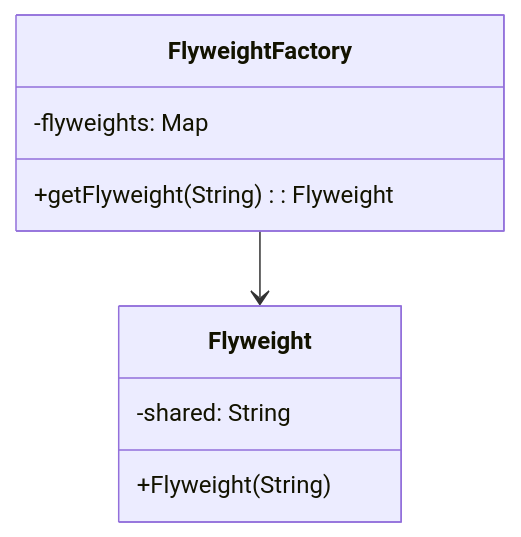
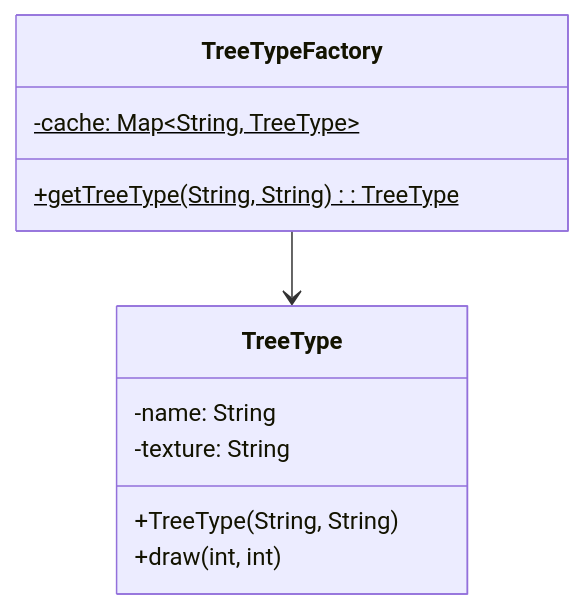
One commit to welldesignedsystem/welldesignedsystem.github.io changed diagram 11 of 23 in content/english/blog/system_design/core_design_patterns.md. Above: the diagram before and after it, drawn with Mermaid. The commit also changed other lines of this file and 1 other file, not shown here.

````diff
--- a/content/english/blog/system_design/core_design_patterns.md
+++ b/content/english/blog/system_design/core_design_patterns.md
@@ -599,12 +843,14 @@
 ```mermaid
 classDiagram
-    class Flyweight {
-        -shared: String
-        +Flyweight(String)
+    class TreeType {
+        -name: String
+        -texture: String
+        +TreeType(String, String)
+        +draw(int, int)
     }
-    class FlyweightFactory {
-        -flyweights: Map<String, Flyweight>
-        +getFlyweight(String): Flyweight
+    class TreeTypeFactory {
+        -cache: Map~String, TreeType~$
+        +getTreeType(String, String): TreeType$
     }
-    FlyweightFactory --> Flyweight
+    TreeTypeFactory --> TreeType
 ```
````
